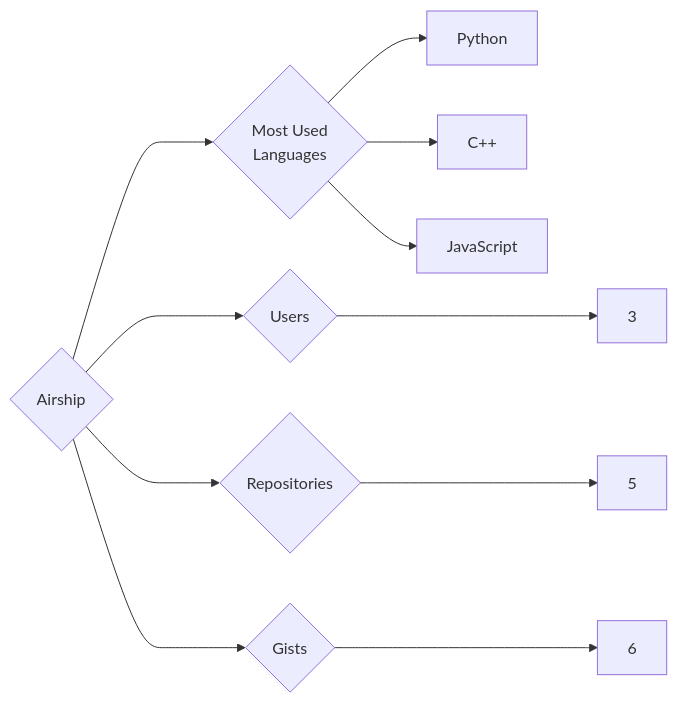
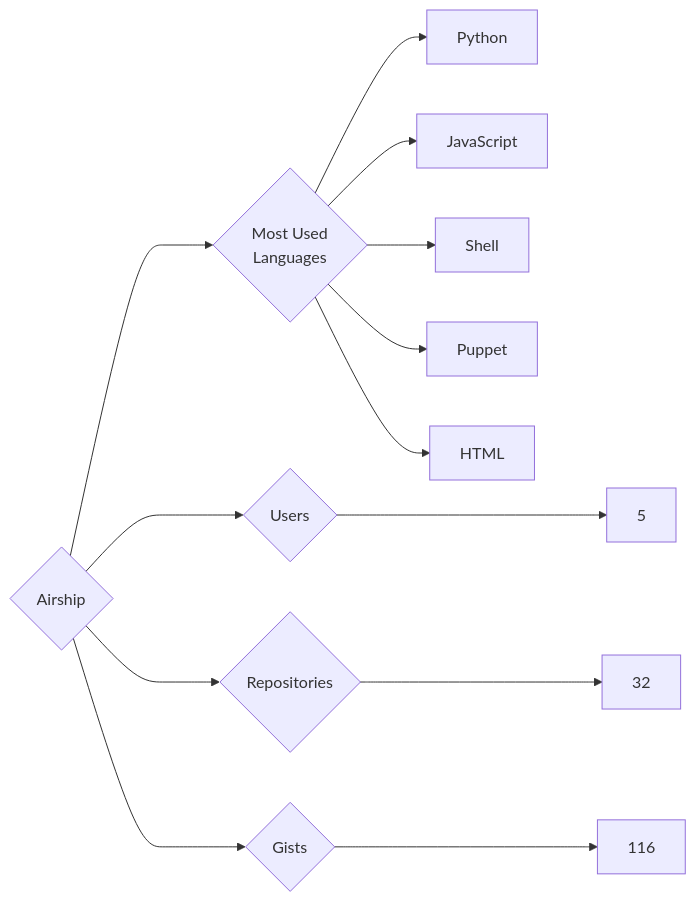
Before and after one commit to trickest/insiders: the diagram in targets/Airship/README.md, drawn with Mermaid. The commit also changed 1149 other files, not shown here.

````diff
--- a/targets/Airship/README.md
+++ b/targets/Airship/README.md
@@ -3,11 +3,13 @@
 ```mermaid
 graph LR
 COMPANY_NAME{Airship}
-COMPANY_NAME ---> U{Users} ---> UN[3]
-COMPANY_NAME ---> R{Repositories} ---> RN[5]
-COMPANY_NAME ---> G{Gists} ---> GN[6]
+COMPANY_NAME ---> U{Users} ---> UN[5]
+COMPANY_NAME ---> R{Repositories} ---> RN[32]
+COMPANY_NAME ---> G{Gists} ---> GN[116]
 COMPANY_NAME ---> ML{Most Used<br>Languages}
 ML --> Python[Python]
-ML --> C++[C++]
 ML --> JavaScript[JavaScript]
+ML --> Shell[Shell]
+ML --> Puppet[Puppet]
+ML --> HTML[HTML]
 ```
````
